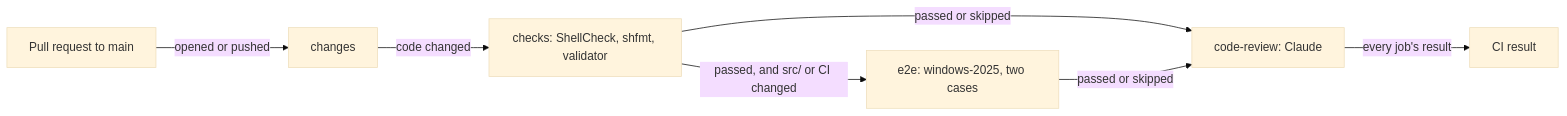
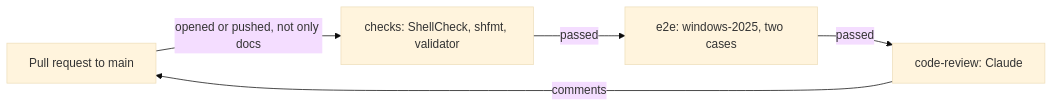
Before and after one commit to froazin/wsl: the diagram in docs/ci.md, drawn with Mermaid (base theme). The commit also changed other lines of this file and 5 other files, not shown here.

First line of the commit message:
ci: Skip docs-only pull requests with GitHub's path filter (#5)

````diff
--- a/docs/ci.md
+++ b/docs/ci.md
@@ -22,11 +22,9 @@
 ```mermaid
 flowchart LR
     accTitle: The jobs that run on a pull request
-    accDescr: The changes job decides whether the PR changes code, and whether it could change what an instance runs. The checks job lints and validates the user-data when code changed. When the checks pass and an instance could run differently, the e2e job installs an instance on Windows runners. The code-review job runs Claude when those passed or weren't needed. The result job fails unless every job passed or was skipped.
-    pr["Pull request to main"] -->|opened or pushed| changes["changes"]
-    changes -->|code changed| checks["checks: ShellCheck, shfmt, validator"]
-    checks -->|"passed, and src/ or CI changed"| e2e["e2e: windows-2025, two cases"]
-    checks -->|"passed or skipped"| review["code-review: Claude"]
-    e2e -->|"passed or skipped"| review
-    review -->|every job's result| result["CI result"]
+    accDescr: A pull request that changes more than docs starts the workflow. The checks job lints and validates the user-data. When the checks pass, the e2e job installs an instance on Windows runners. When both pass, the code-review job runs Claude, which comments on the pull request.
+    pr["Pull request to main"] -->|"opened or pushed, not only docs"| checks["checks: ShellCheck, shfmt, validator"]
+    checks -->|passed| e2e["e2e: windows-2025, two cases"]
+    e2e -->|passed| review["code-review: Claude"]
+    review -->|comments| pr
 ```
````
